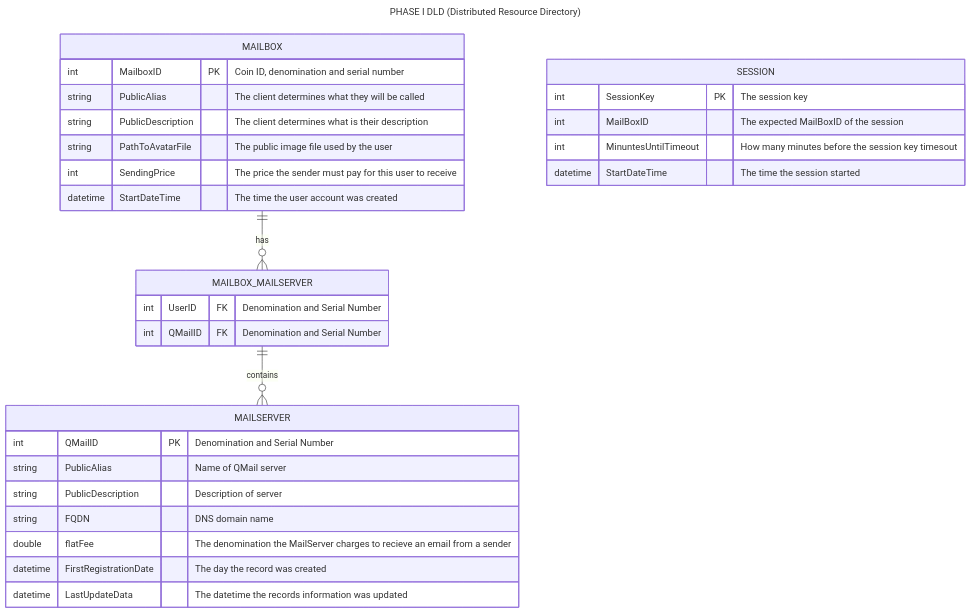
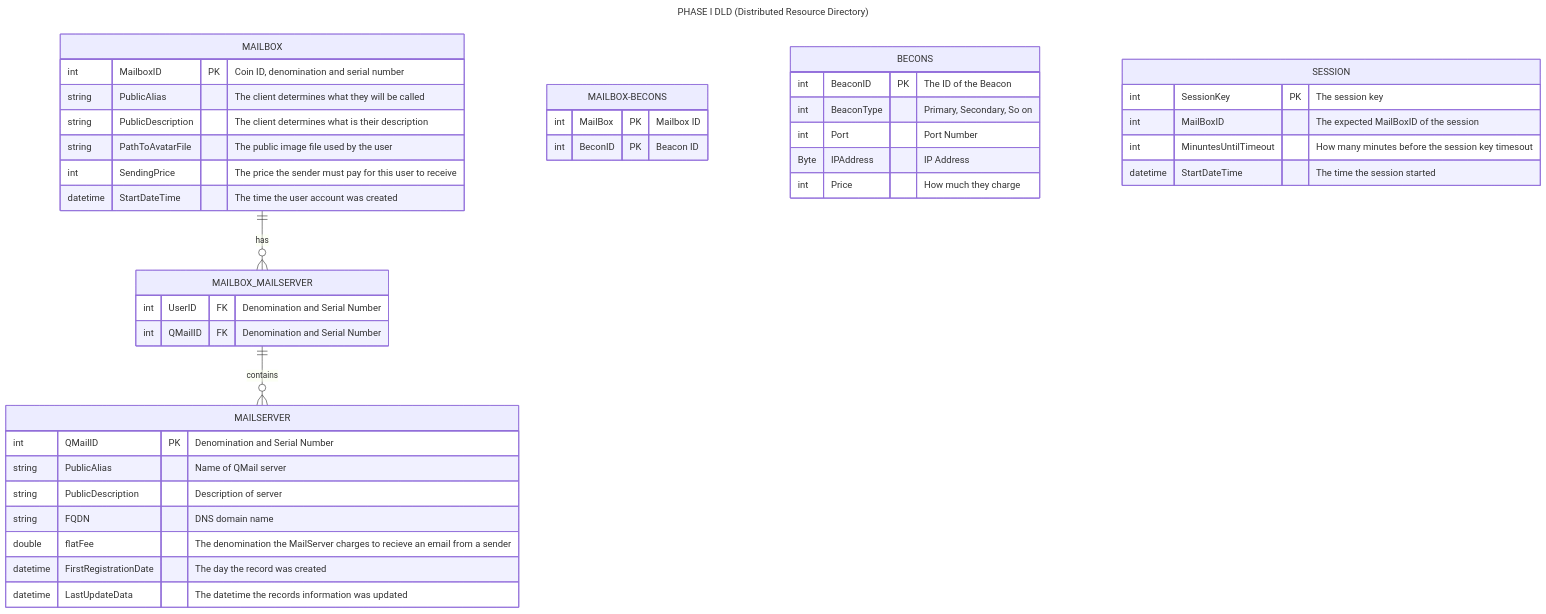
The diagram in Ideas In Progress/QMAIL/DRD/phase-I-drd.md (worthingtonse/client-prompts), drawn with Mermaid before and after one commit.

````diff
--- a/Ideas In Progress/QMAIL/DRD/phase-I-drd.md
+++ b/Ideas In Progress/QMAIL/DRD/phase-I-drd.md
@@ -33,41 +33,55 @@
 ```mermaid
 ---
 title: PHASE I DLD (Distributed Resource Directory)
 ---
 erDiagram
 
     MAILBOX {
         int MailboxID PK "Coin ID, denomination and serial number"
         string PublicAlias "The client determines what they will be called"
         string PublicDescription "The client determines what is their description"
         string PathToAvatarFile "The public image file used by the user"
         int SendingPrice "The price the sender must pay for this user to receive"
         datetime StartDateTime "The time the user account was created"
     }
+
+MAILBOX-BECONS{
+      int MailBox PK "Mailbox ID"
+      int BeconID PK "Beacon ID"
+      }
+
+BECONS{
+      int BeaconID PK "The ID of the Beacon"
+      int BeaconType "Primary, Secondary, So on"
+      int Port "Port Number"
+      Byte IPAddress "IP Address"
+      int Price "How much they charge"
+}
+
 
     SESSION {
         int SessionKey PK "The session key"
         int MailBoxID "The expected MailBoxID of the session"
         int MinuntesUntilTimeout "How many minutes before the session key timesout"
         datetime StartDateTime "The time the session started"
     }
 
     MAILBOX_MAILSERVER {
         int UserID FK "Denomination and Serial Number"
         int QMailID FK "Denomination and Serial Number"
     }
 
     MAILSERVER {
         int QMailID PK "Denomination and Serial Number"
         string PublicAlias "Name of QMail server"
         string PublicDescription "Description of server"
         string FQDN "DNS domain name"
         double flatFee "The denomination the MailServer charges to recieve an email from a sender"
         datetime FirstRegistrationDate "The day the record was created"
         datetime LastUpdateData "The datetime the records information was updated"
     }
 
     MAILBOX ||--o{ MAILBOX_MAILSERVER : "has"
     MAILBOX_MAILSERVER ||--o{ MAILSERVER : "contains"
 
 ```
````
